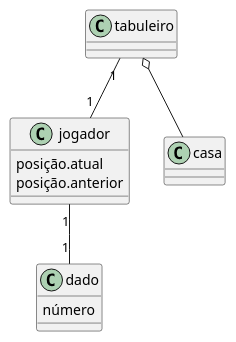
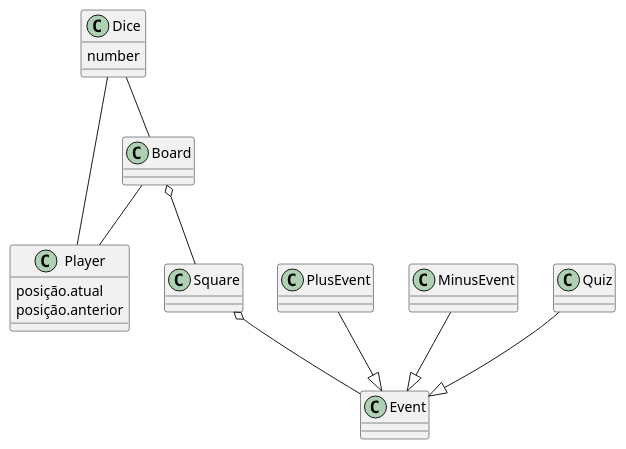
The diagram in class_diagram.plantuml (rtgatto/game-2023b-quartacoloniaquiz), drawn with PlantUML before and after one commit.

Commit message:
Update class diagram

```diff
--- a/class_diagram.plantuml
+++ b/class_diagram.plantuml
@@ -1,22 +1,32 @@
 @startuml QuartaColoniaQuiz
 
-class dado
+class Dice
 {
-    número
+    number
 }
-class jogador
+class Player
 {
     posição.atual
     posição.anterior
 }
-class tabuleiro
+class Board
 
-class casa
+class Square
 
-tabuleiro o-- casa
-tabuleiro "1" -- "1" jogador
-jogador "1" -- "1" dado
+Board o-- Square
+Board -- Player
+
+Player -- Dice
+
+Square o-- Event
+PlusEvent --|> Event
+MinusEvent --|> Event
+Quiz --|> Event
+
+Dice -- Board
+
+
 
 
 
 @enduml
```
